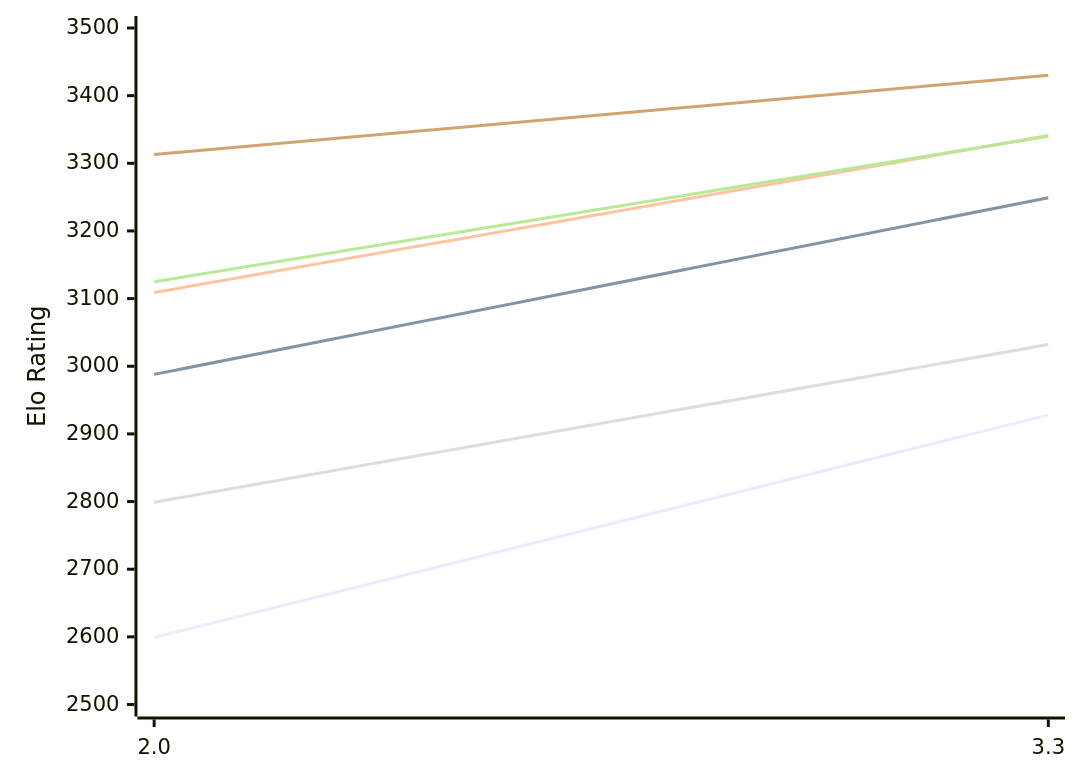
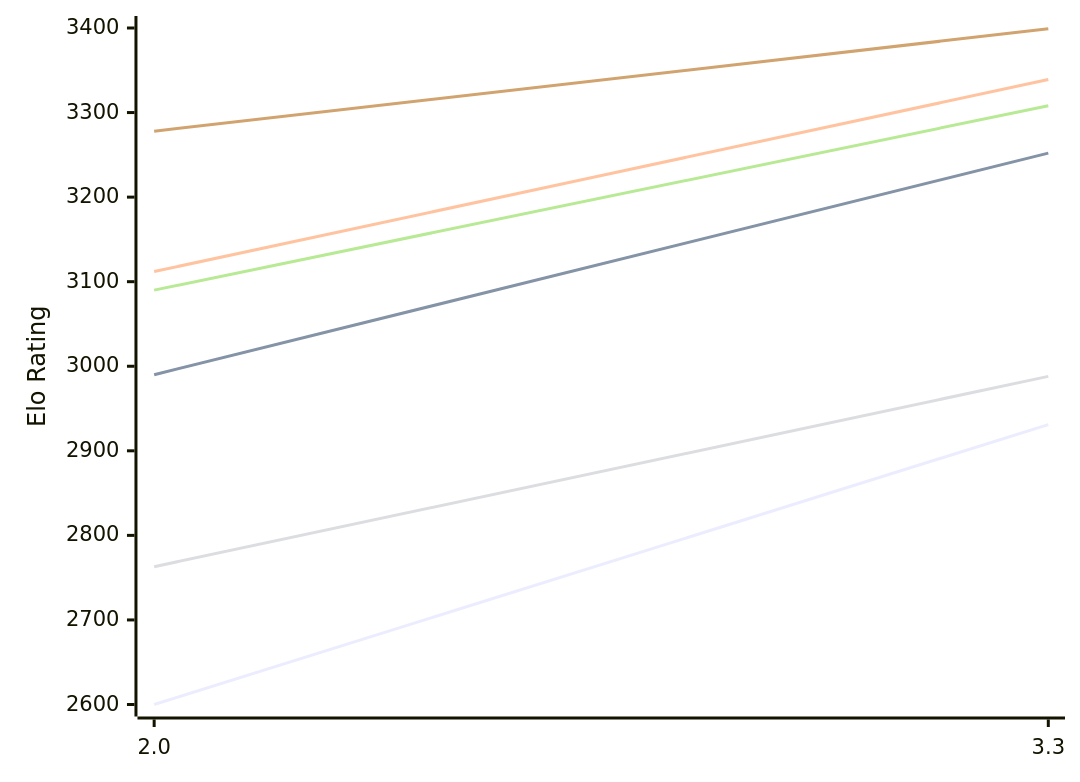
One commit to computer-chess-index/cci changed the first of 2 diagrams in engines/Ceylondemon.md. Above: the diagram before and after it, drawn with Mermaid. The commit also changed other lines of this file, not shown here.

Commit message:
Update CCI Ratings (ELO VLTC) - 2026-10-23

````diff
--- a/engines/Ceylondemon.md
+++ b/engines/Ceylondemon.md
@@ -50,12 +50,12 @@
 ```mermaid
 %%{init: {"theme":"base","themeVariables":{"seriesColors:['#a3a3a3','#222221','#faa371']}}}%%
 xychart-beta
   x-axis ["2.0", "3.3"]
-  y-axis "Elo Rating" 2500 --> 3500
-  line "E1: STC (8.0+0.08s)" [2599, 2928]
-  line "E1: LTC (60.0+0.60s)" [2988, 3249]
-  line "E1: VLTC (2m24s+1.12s)" [3109, 3341]
-  line "P1: STC (8.0+0.08s)" [2799, 3032]
-  line "P1: LTC (60.0+0.60s)" [3125, 3340]
-  line "P1: VLTC (2m24s+1.12s)" [3313, 3430]
+  y-axis "Elo Rating" 2600 --> 3400
+  line "E1: STC (8.0+0.08s)" [2600, 2931]
+  line "E1: LTC (60.0+0.60s)" [2990, 3252]
+  line "E1: VLTC (2m24s+1.12s)" [3112, 3339]
+  line "P1: STC (8.0+0.08s)" [2763, 2988]
+  line "P1: LTC (60.0+0.60s)" [3090, 3308]
+  line "P1: VLTC (2m24s+1.12s)" [3278, 3399]
 ```
````
